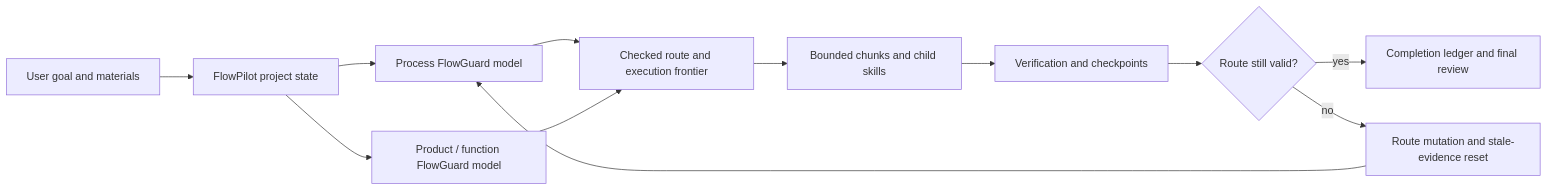
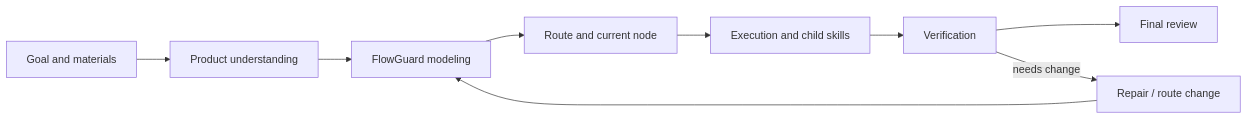
One commit to liuyingxuvka/FlowPilot changed the diagram in README.md. Above: the diagram before and after it, drawn with Mermaid. The commit also changed other lines of this file and 38 other files, not shown here.

Commit message:
Update FlowPilot control lifecycle protocols

````diff
--- a/README.md
+++ b/README.md
@@ -23,14 +23,11 @@
 ```mermaid
 flowchart LR
-  A["User goal and materials"] --> B["FlowPilot project state"]
-  B --> C["Process FlowGuard model"]
-  B --> D["Product / function FlowGuard model"]
-  C --> E["Checked route and execution frontier"]
-  D --> E
-  E --> F["Bounded chunks and child skills"]
-  F --> G["Verification and checkpoints"]
-  G --> H{"Route still valid?"}
-  H -- "yes" --> I["Completion ledger and final review"]
-  H -- "no" --> J["Route mutation and stale-evidence reset"]
-  J --> C
+  A["Goal and materials"] --> B["Product understanding"]
+  B --> C["FlowGuard modeling"]
+  C --> D["Route and current node"]
+  D --> E["Execution and child skills"]
+  E --> F["Verification"]
+  F --> G["Final review"]
+  F -- "needs change" --> H["Repair / route change"]
+  H --> C
 ```
````
